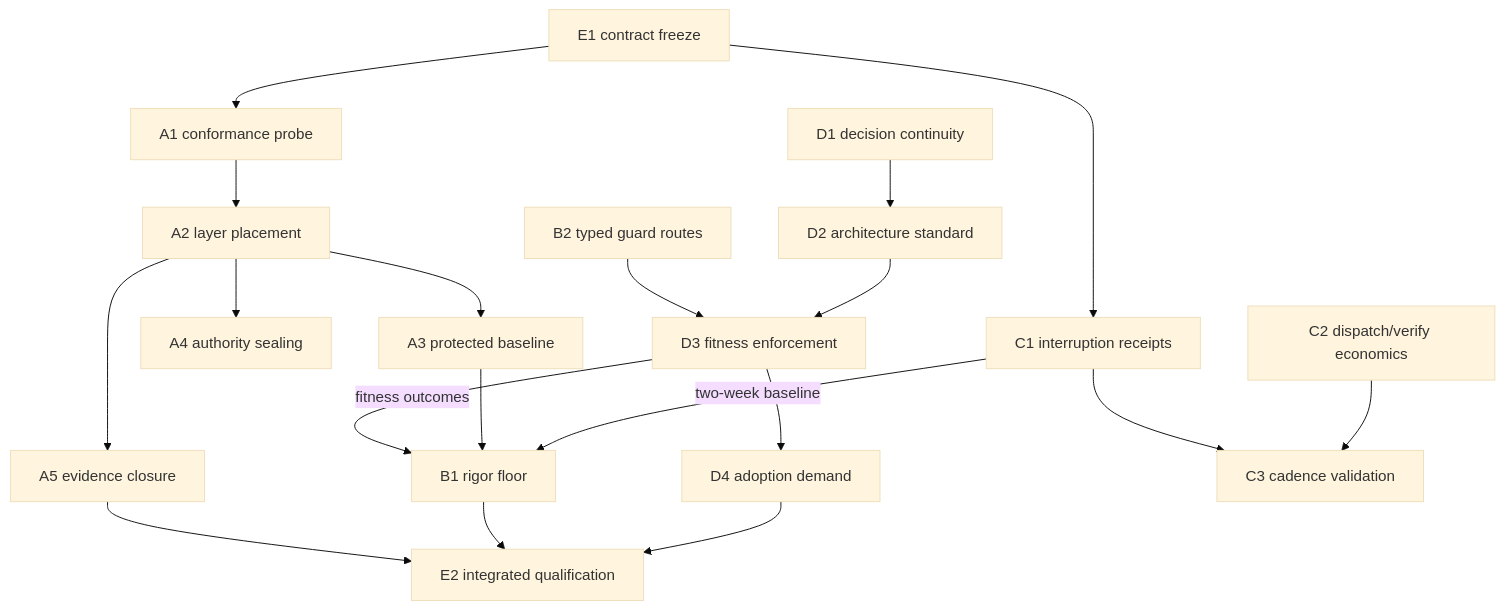
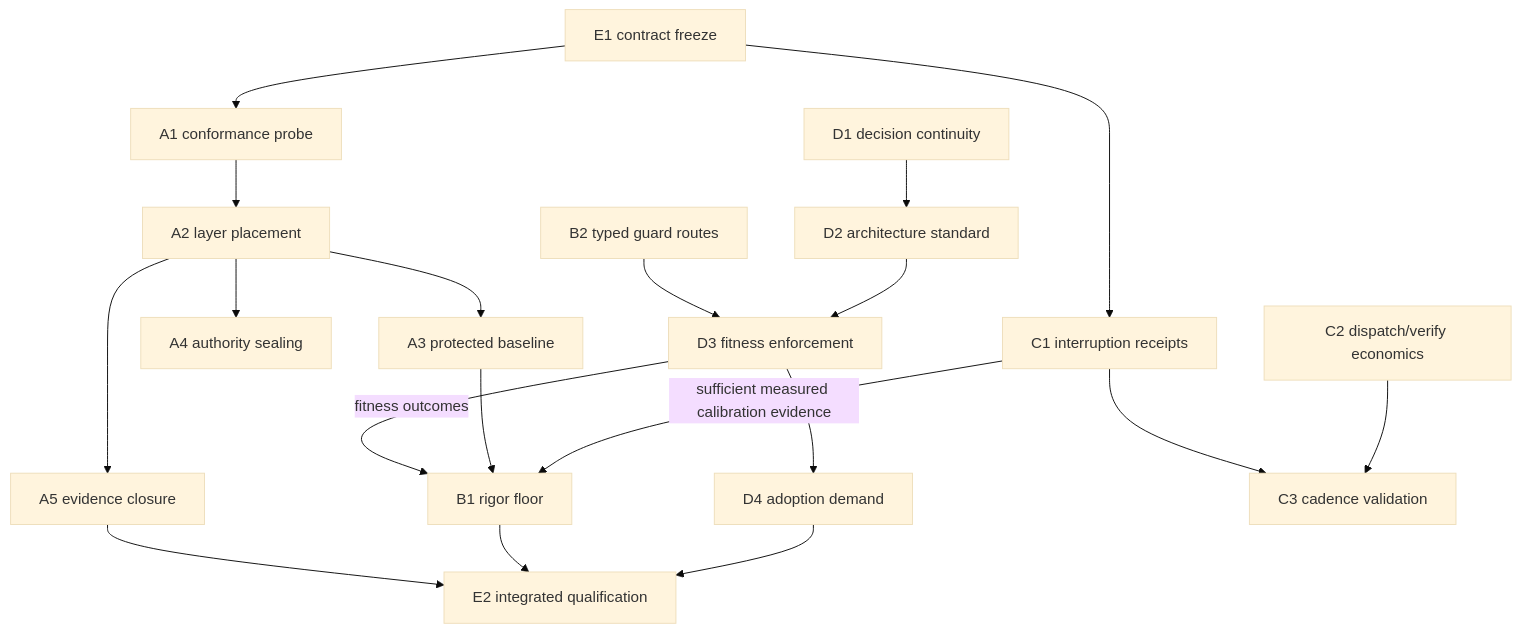
The diagram in specs/sprint-alfred-epic/prd_sprint-alfred-epic.md (agent-pipe-shared/agent-pipeline), drawn with Mermaid (base theme) before and after one commit. The commit also changed other lines of this file and 13 other files, not shown here.

````diff
--- a/specs/sprint-alfred-epic/prd_sprint-alfred-epic.md
+++ b/specs/sprint-alfred-epic/prd_sprint-alfred-epic.md
@@ -395,21 +396,21 @@
 ```mermaid
 flowchart TD
     E1[E1 contract freeze] --> A1[A1 conformance probe]
     A1 --> A2[A2 layer placement]
     A2 --> A3[A3 protected baseline]
     A2 --> A4[A4 authority sealing]
     A2 --> A5[A5 evidence closure]
     E1 --> C1[C1 interruption receipts]
-    C1 -->|two-week baseline| B1[B1 rigor floor]
+    C1 -->|sufficient measured calibration evidence| B1[B1 rigor floor]
     A3 --> B1
     D1[D1 decision continuity] --> D2[D2 architecture standard]
     D2 --> D3[D3 fitness enforcement]
     D3 -->|fitness outcomes| B1
     D3 --> D4[D4 adoption demand]
     B2[B2 typed guard routes] --> D3
     C2[C2 dispatch/verify economics] --> C3[C3 cadence validation]
     C1 --> C3
     D4 --> E2[E2 integrated qualification]
     B1 --> E2
     A5 --> E2
 ```
````
